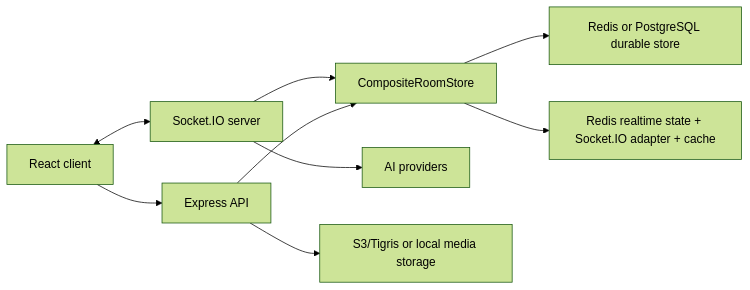
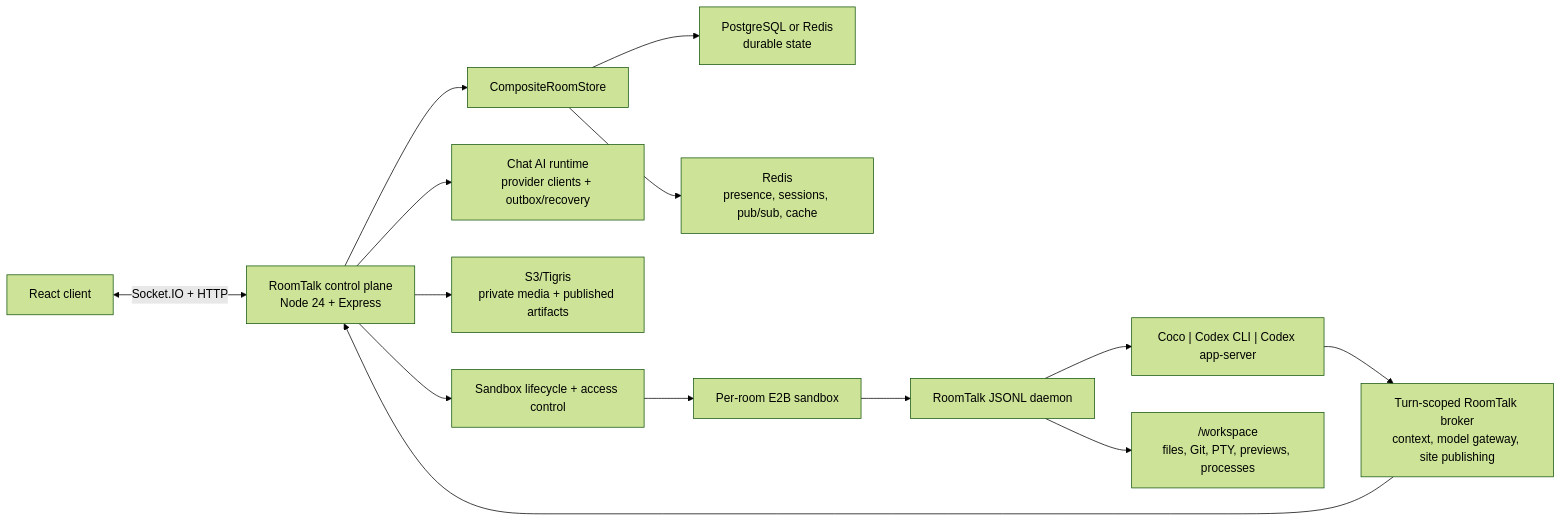
Before and after one commit to Skymore/roomtalk: the diagram in README.md, drawn with Mermaid (forest theme). The commit also changed other lines of this file and 6 other files, not shown here.

````diff
--- a/README.md
+++ b/README.md
@@ -33,11 +38,20 @@
 ```mermaid
 flowchart LR
-  Client["React client"] <--> Socket["Socket.IO server"]
-  Client --> HTTP["Express API"]
-  Socket --> Store["CompositeRoomStore"]
-  HTTP --> Store
-  Store --> Durable["Redis or PostgreSQL durable store"]
-  Store --> Redis["Redis realtime state + Socket.IO adapter + cache"]
-  Socket --> AI["AI providers"]
-  HTTP --> Media["S3/Tigris or local media storage"]
+  Browser["React client"] <-->|"Socket.IO + HTTP"| Control["RoomTalk control plane\nNode 24 + Express"]
+
+  Control --> Store["CompositeRoomStore"]
+  Store --> Durable["PostgreSQL or Redis\ndurable state"]
+  Store --> Realtime["Redis\npresence, sessions, pub/sub, cache"]
+
+  Control --> ChatAI["Chat AI runtime\nprovider clients + outbox/recovery"]
+  Control --> Media["S3/Tigris\nprivate media + published artifacts"]
+
+  Control --> Lifecycle["Sandbox lifecycle + access control"]
+  Lifecycle --> E2B["Per-room E2B sandbox"]
+  E2B --> Daemon["RoomTalk JSONL daemon"]
+  Daemon --> Backends["Coco | Codex CLI | Codex app-server"]
+  Daemon --> Workspace["/workspace\nfiles, Git, PTY, previews, processes"]
+
+  Backends --> Broker["Turn-scoped RoomTalk broker\ncontext, model gateway, site publishing"]
+  Broker --> Control
 ```
````
